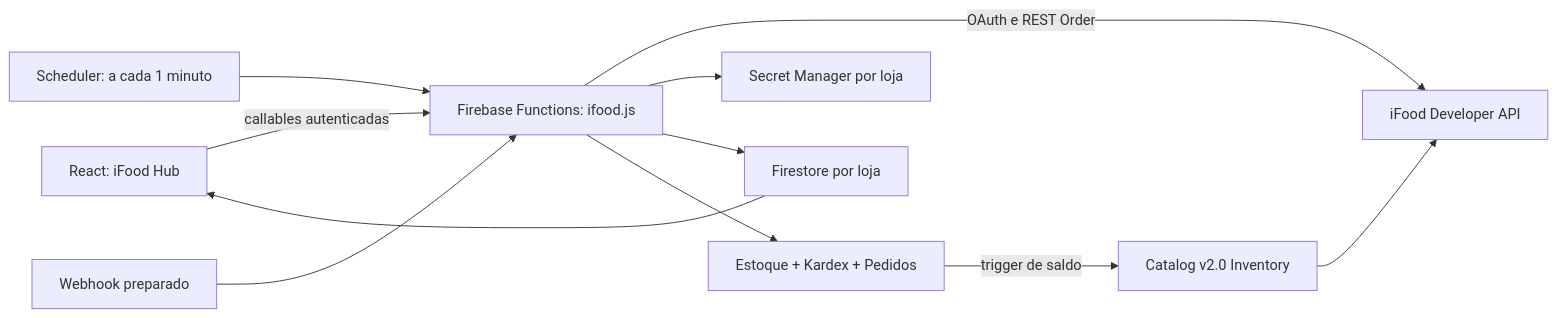
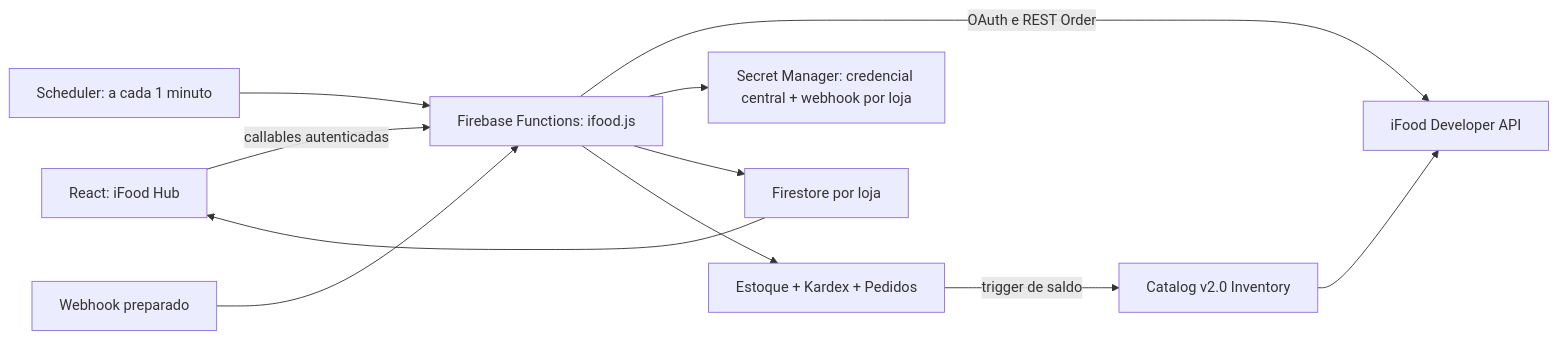
One commit to antoniopedrocm/projeto-doceria changed the first of 2 diagrams in docs-ifood-hub.md. Above: the diagram before and after it, drawn with Mermaid. The commit also changed other lines of this file and 4 other files, not shown here.

````diff
--- a/docs-ifood-hub.md
+++ b/docs-ifood-hub.md
@@ -11,13 +11,13 @@
 ```mermaid
 flowchart LR
   UI["React: iFood Hub"] -->|callables autenticadas| FN["Firebase Functions: ifood.js"]
   SCH["Scheduler: a cada 1 minuto"] --> FN
   WH["Webhook preparado"] --> FN
   FN -->|OAuth e REST Order| API["iFood Developer API"]
-  FN --> SEC["Secret Manager por loja"]
+  FN --> SEC["Secret Manager: credencial central + webhook por loja"]
   FN --> FS["Firestore por loja"]
   FS --> UI
   FN --> INV["Estoque + Kardex + Pedidos"]
   INV -->|trigger de saldo| CAT["Catalog v2.0 Inventory"]
   CAT --> API
 ```
````
